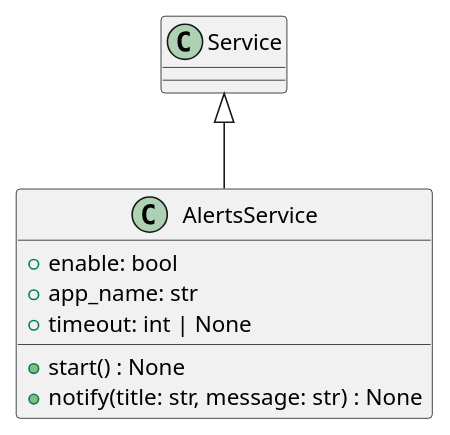
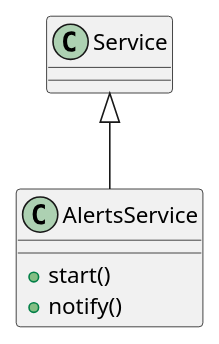
Before and after one commit to lgcorzo/llmops-python-package: the diagram in openwiki/src/autogen_team/infrastructure/services/alert_service.md, drawn with PlantUML. The commit also changed other lines of this file and 77 other files, not shown here.

````diff
--- a/openwiki/src/autogen_team/infrastructure/services/alert_service.md
+++ b/openwiki/src/autogen_team/infrastructure/services/alert_service.md
@@ -49,12 +99,9 @@
 ```plantuml
 @startuml
-    Service <|-- AlertsService
-    class AlertsService {
-        +enable: bool
-        +app_name: str
-        +timeout: int | None
-        +start() : None
-        +notify(title: str, message: str) : None
-    }
+class AlertsService {
+  + start()
+  + notify()
+}
+Service <|-- AlertsService
 @enduml
 ```
````
